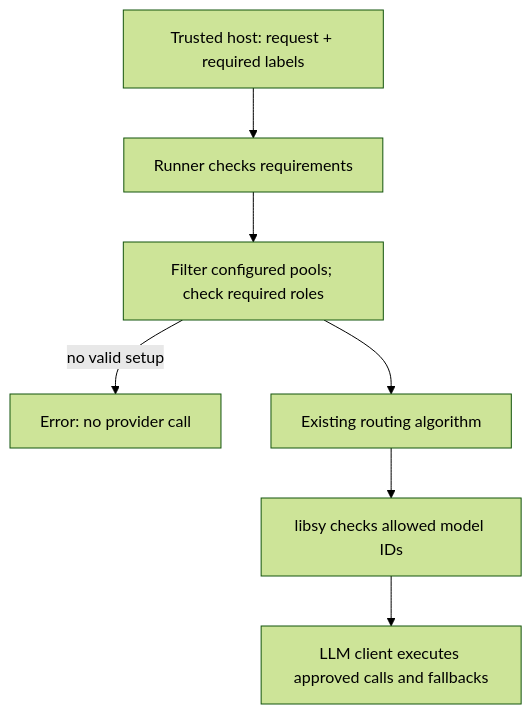
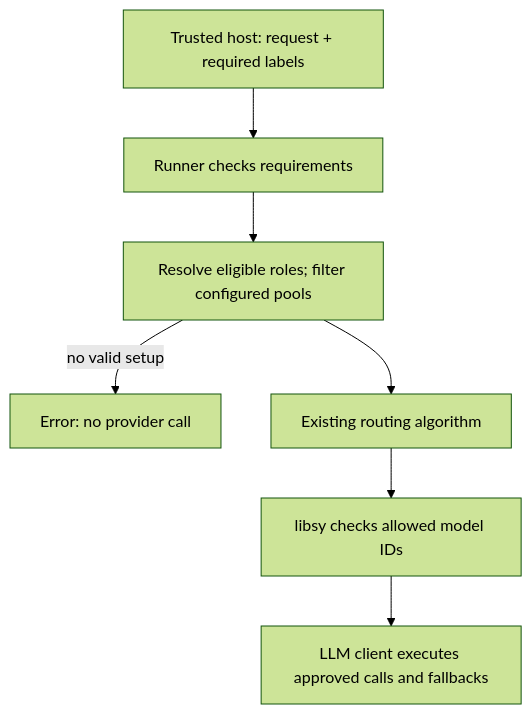
The diagram in docs/internal/target-eligibility.md (NVIDIA-NeMo/Switchyard), drawn with Mermaid (forest theme) before and after one commit. The commit also changed other lines of this file and 3 other files, not shown here.

````diff
--- a/docs/internal/target-eligibility.md
+++ b/docs/internal/target-eligibility.md
@@ -76,9 +95,9 @@
 ```mermaid
 flowchart TD
     H["Trusted host: request + required labels"] --> A["Runner checks requirements"]
-    A --> P["Filter configured pools; check required roles"]
+    A --> P["Resolve eligible roles; filter configured pools"]
     P -->|"no valid setup"| E["Error: no provider call"]
     P --> R["Existing routing algorithm"]
     R --> G["libsy checks allowed model IDs"]
     G --> C["LLM client executes approved calls and fallbacks"]
 ```
````
